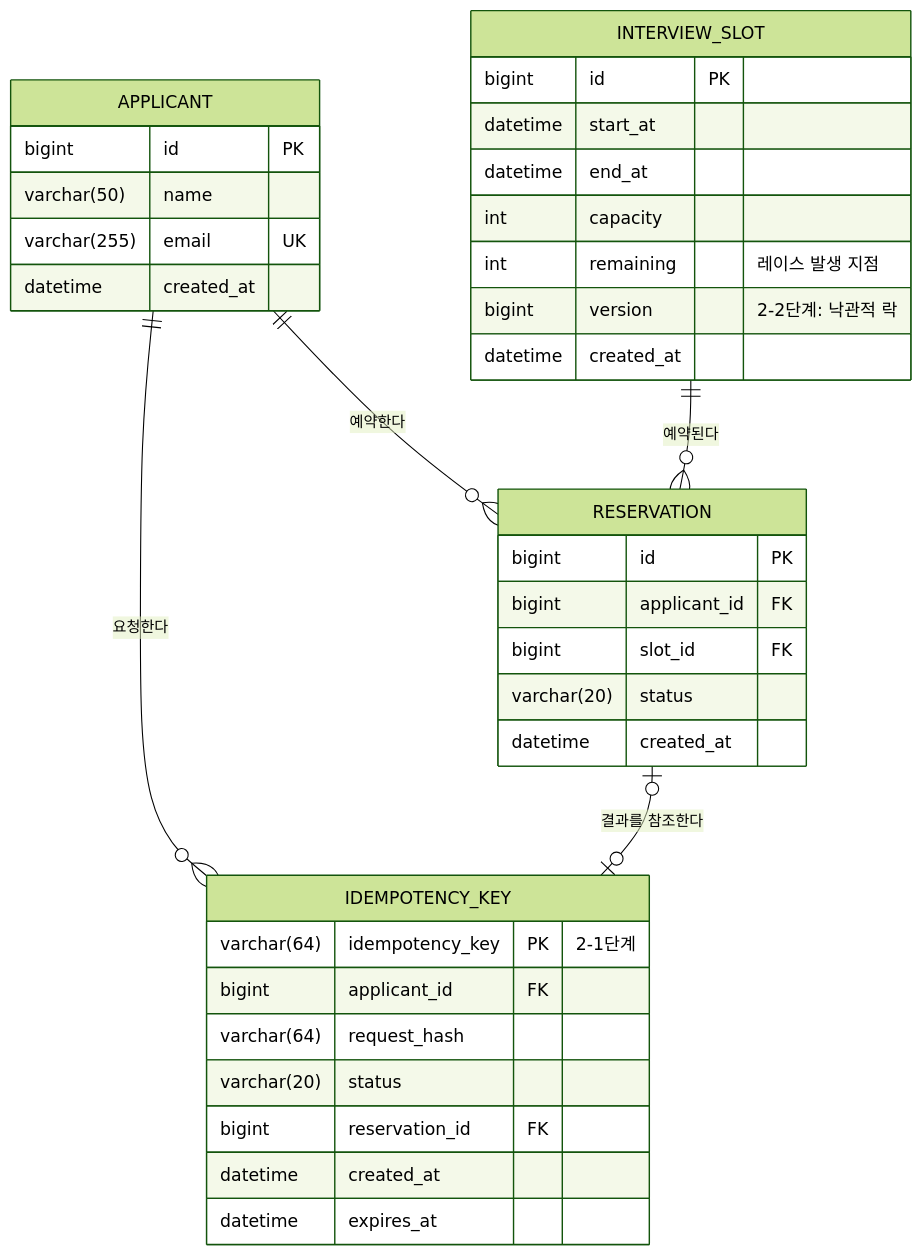
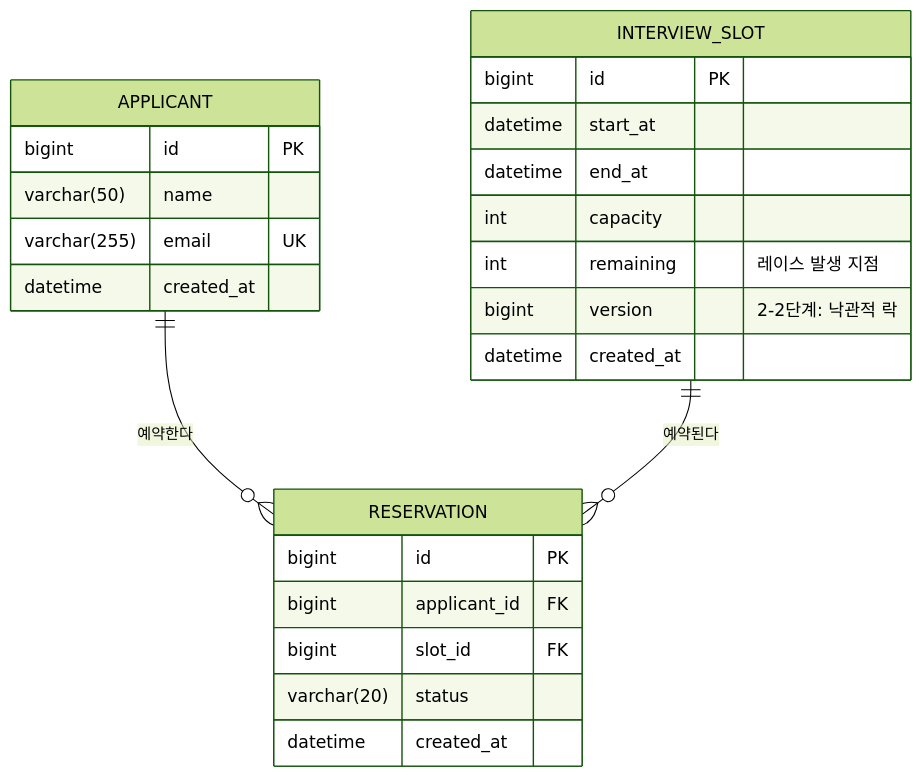
One commit to SangHyeok0908/Concurrency-Control changed the diagram in docs/ERD.md. Above: the diagram before and after it, drawn with Mermaid (forest theme). The commit also changed other lines of this file and 9 other files, not shown here.

````diff
--- a/docs/ERD.md
+++ b/docs/ERD.md
@@ -11,42 +11,30 @@
 ```mermaid
 erDiagram
     APPLICANT ||--o{ RESERVATION : "예약한다"
     INTERVIEW_SLOT ||--o{ RESERVATION : "예약된다"
-    APPLICANT ||--o{ IDEMPOTENCY_KEY : "요청한다"
-    RESERVATION |o--o| IDEMPOTENCY_KEY : "결과를 참조한다"
 
     APPLICANT {
         bigint id PK
         varchar(50) name
         varchar(255) email UK
         datetime created_at
     }
 
     INTERVIEW_SLOT {
         bigint id PK
         datetime start_at
         datetime end_at
         int capacity
         int remaining "레이스 발생 지점"
         bigint version "2-2단계: 낙관적 락"
         datetime created_at
     }
 
     RESERVATION {
         bigint id PK
         bigint applicant_id FK
         bigint slot_id FK
         varchar(20) status
         datetime created_at
     }
-
-    IDEMPOTENCY_KEY {
-        varchar(64) idempotency_key PK "2-1단계"
-        bigint applicant_id FK
-        varchar(64) request_hash
-        varchar(20) status
-        bigint reservation_id FK
-        datetime created_at
-        datetime expires_at
-    }
 ```
````
